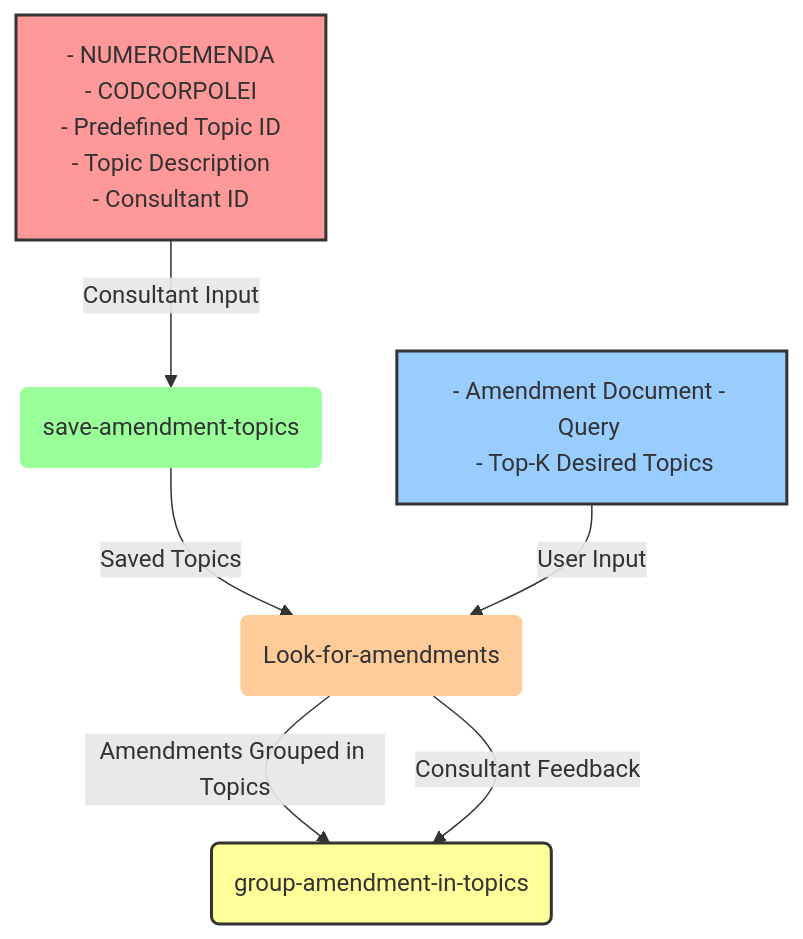
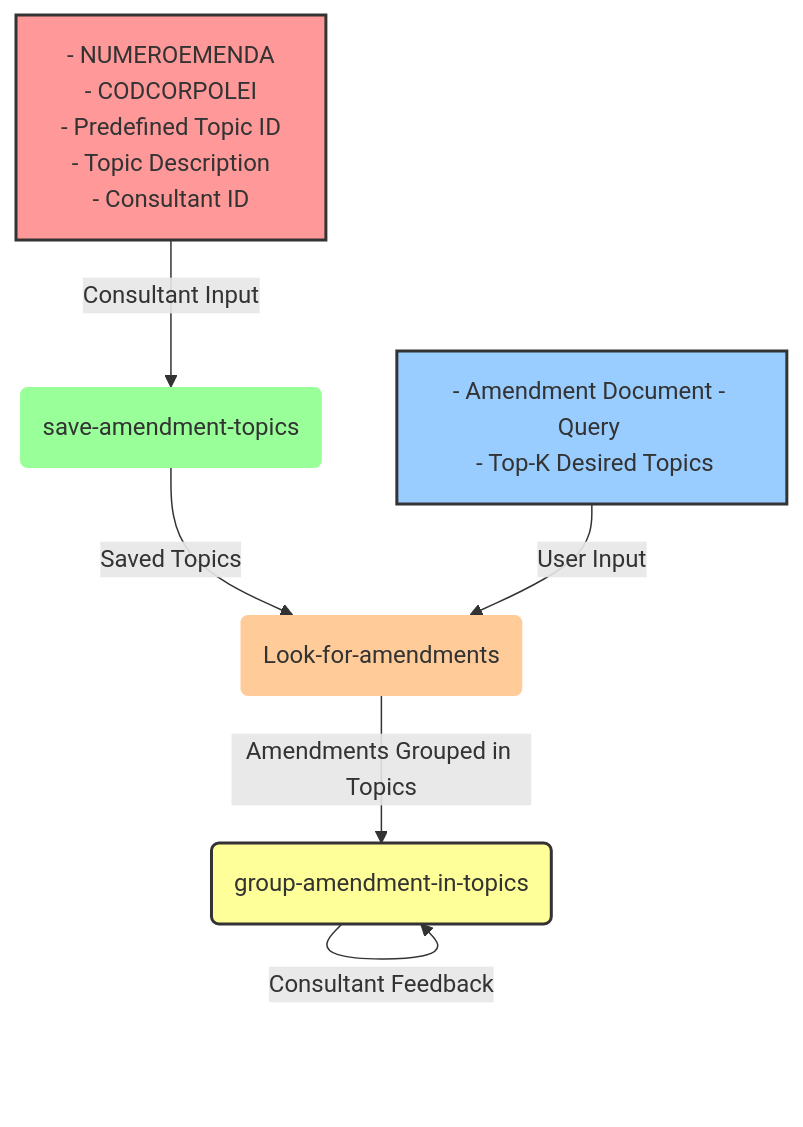
One commit to di-press/ulysses-amendment-comparer changed the diagram in README.md. Above: the diagram before and after it, drawn with Mermaid.

Commit message:
Update diagram

````diff
--- a/README.md
+++ b/README.md
@@ -38,13 +38,13 @@
 ```mermaid
 graph TD;
     A[- NUMEROEMENDA<br>- CODCORPOLEI<br>- Predefined Topic ID<br>- Topic Description<br>- Consultant ID] -->|Consultant Input| B(save-amendment-topics);
     style A fill:#FF9999,stroke:#333,stroke-width:2px;
     B -->|Saved Topics| C(Look-for-amendments);
     style B fill:#99FF99,stroke-width:0px;
     D[- Amendment Document - Query <br> - Top-K Desired Topics] --> |User Input| C;
     style D fill:#99CCFF,stroke:#333,stroke-width:2px;
     C -->|Amendments Grouped in Topics| E(group-amendment-in-topics);
     style C fill:#FFCC99,stroke-width:0px;
-    C -->|Consultant Feedback| E;
+    E -->|Consultant Feedback| E;
     style E fill:#FFFF99,stroke:#333,stroke-width:2px;
 ```
````
